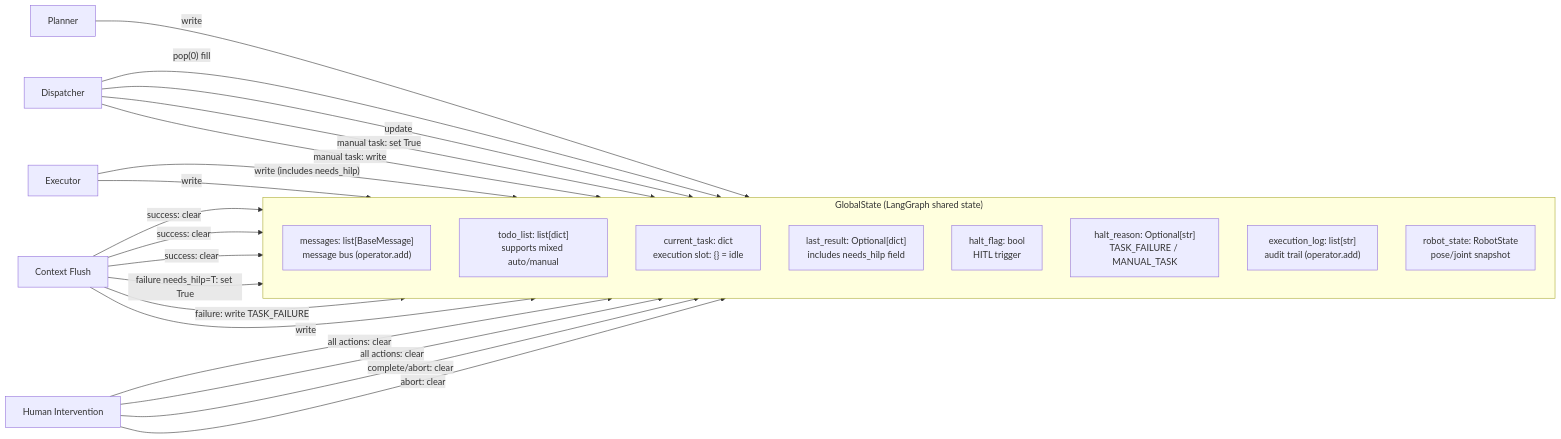
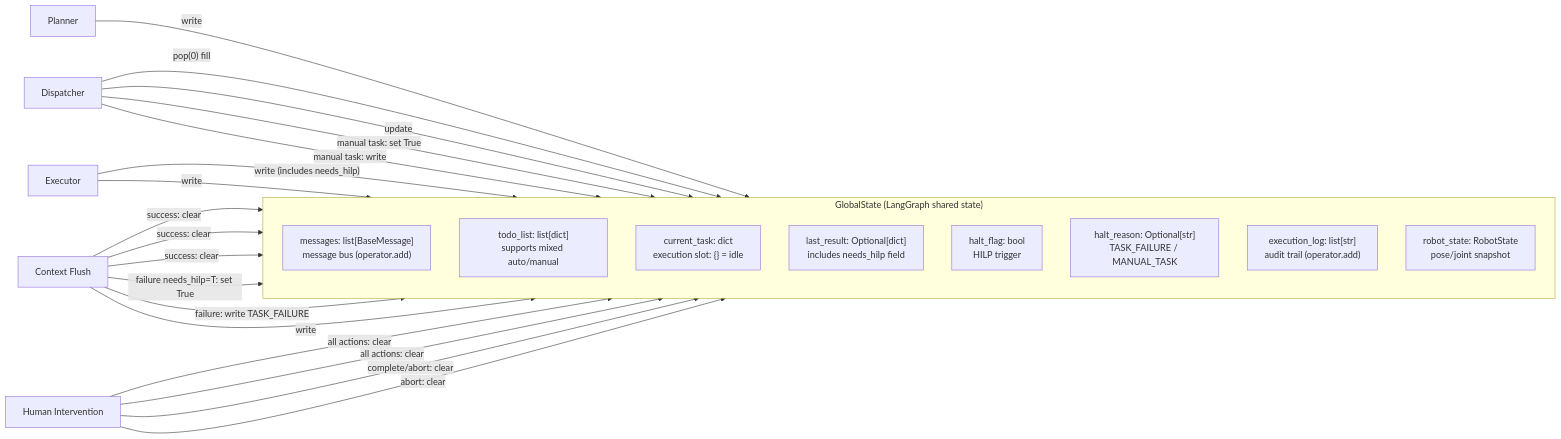
The third of 7 diagrams in SkiLib/doc/DIAGRAMS.md (SniperPigeon/RoboSkiAgent), drawn with Mermaid before and after one commit. The commit also changed other lines of this file and 42 other files, not shown here.

````diff
--- a/SkiLib/doc/DIAGRAMS.md
+++ b/SkiLib/doc/DIAGRAMS.md
@@ -148,32 +148,32 @@
 ```mermaid
 flowchart LR
     subgraph STATE["GlobalState (LangGraph shared state)"]
         direction TB
         MSG["messages: list[BaseMessage]<br/>message bus (operator.add)"]
         TODO["todo_list: list[dict]<br/>supports mixed auto/manual"]
         CUR["current_task: dict<br/>execution slot: {} = idle"]
         LAST["last_result: Optional[dict]<br/>includes needs_hilp field"]
-        HALT["halt_flag: bool<br/>HITL trigger"]
+        HALT["halt_flag: bool<br/>HILP trigger"]
         HREASON["halt_reason: Optional[str]<br/>TASK_FAILURE / MANUAL_TASK"]
         LOG["execution_log: list[str]<br/>audit trail (operator.add)"]
         RS["robot_state: RobotState<br/>pose/joint snapshot"]
     end
 
     PLAN_NODE["Planner"] -->|"write"| TODO
     DISP_NODE["Dispatcher"] -->|"pop(0) fill"| CUR
     DISP_NODE -->|"update"| TODO
     DISP_NODE -->|"manual task: set True"| HALT
     DISP_NODE -->|"manual task: write"| HREASON
     EXEC_NODE["Executor"] -->|"write (includes needs_hilp)"| LAST
     EXEC_NODE -->|"write"| LOG
     CF_NODE["Context Flush"] -->|"success: clear"| CUR
     CF_NODE -->|"success: clear"| LAST
     CF_NODE -->|"success: clear"| HREASON
     CF_NODE -->|"failure needs_hilp=T: set True"| HALT
     CF_NODE -->|"failure: write TASK_FAILURE"| HREASON
     CF_NODE -->|"write"| LOG
     HI_NODE["Human Intervention"] -->|"all actions: clear"| HALT
     HI_NODE -->|"all actions: clear"| HREASON
     HI_NODE -->|"complete/abort: clear"| CUR
     HI_NODE -->|"abort: clear"| TODO
 ```
````
